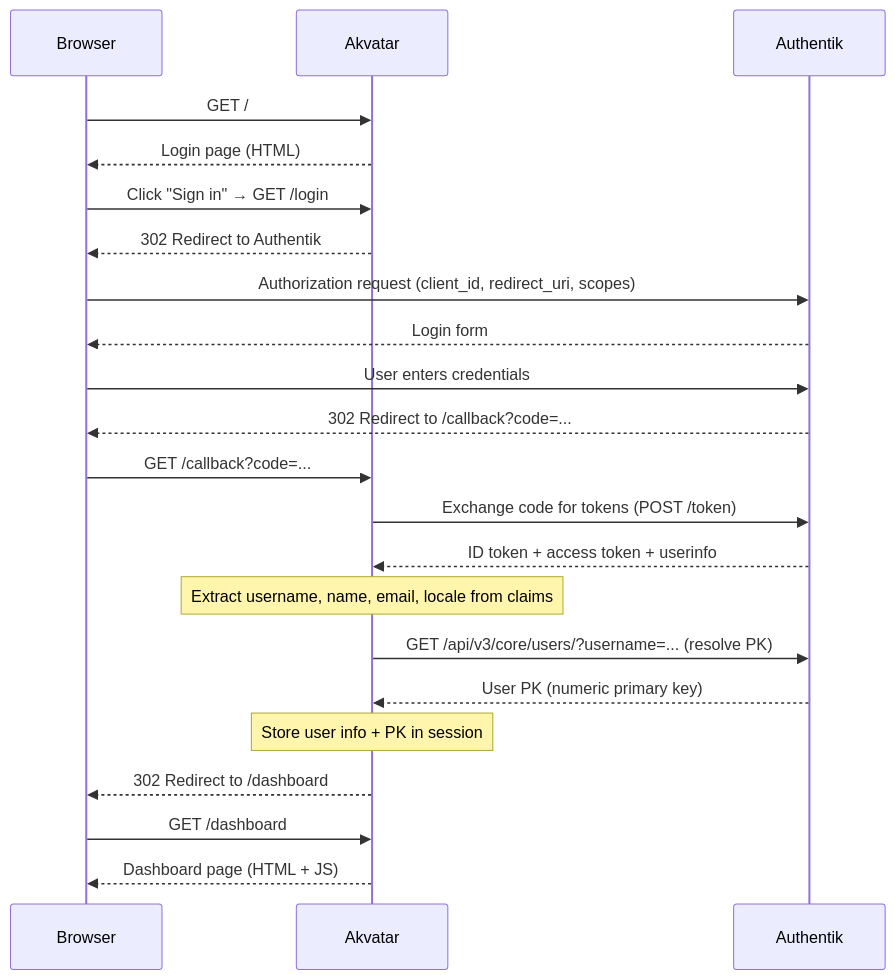
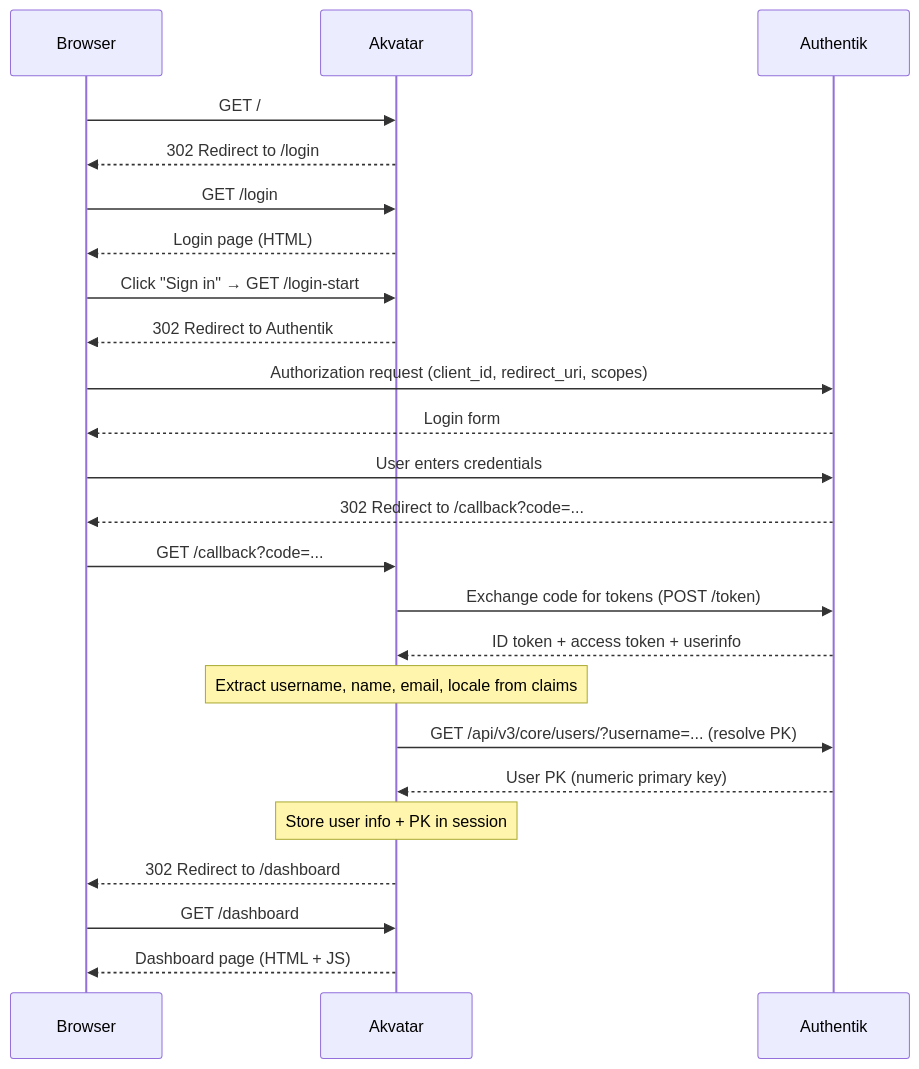
One commit to patschi/akvatar changed the first of 3 diagrams in docs/how-it-works.md. Above: the diagram before and after it, drawn with Mermaid. The commit also changed other lines of this file and 3 other files, not shown here.

````diff
--- a/docs/how-it-works.md
+++ b/docs/how-it-works.md
@@ -38,30 +38,32 @@
 ```mermaid
 sequenceDiagram
     participant B as Browser
     participant A as Akvatar
     participant K as Authentik
 
     B->>A: GET /
+    A-->>B: 302 Redirect to /login
+    B->>A: GET /login
     A-->>B: Login page (HTML)
-    B->>A: Click "Sign in" → GET /login
+    B->>A: Click "Sign in" → GET /login-start
     A-->>B: 302 Redirect to Authentik
     B->>K: Authorization request (client_id, redirect_uri, scopes)
     K-->>B: Login form
     B->>K: User enters credentials
     K-->>B: 302 Redirect to /callback?code=...
 
     B->>A: GET /callback?code=...
     A->>K: Exchange code for tokens (POST /token)
     K-->>A: ID token + access token + userinfo
 
     Note over A: Extract username, name, email, locale from claims
 
     A->>K: GET /api/v3/core/users/?username=... (resolve PK)
     K-->>A: User PK (numeric primary key)
 
     Note over A: Store user info + PK in session
 
     A-->>B: 302 Redirect to /dashboard
     B->>A: GET /dashboard
     A-->>B: Dashboard page (HTML + JS)
 ```
````
